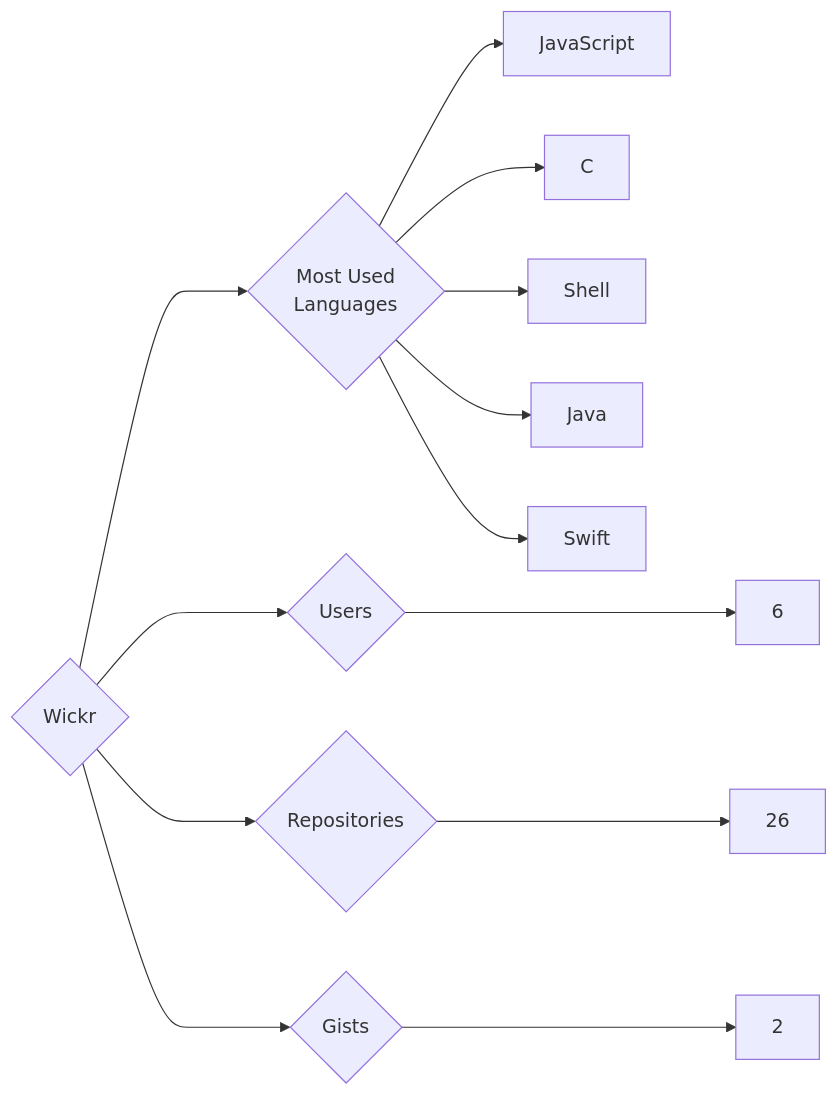
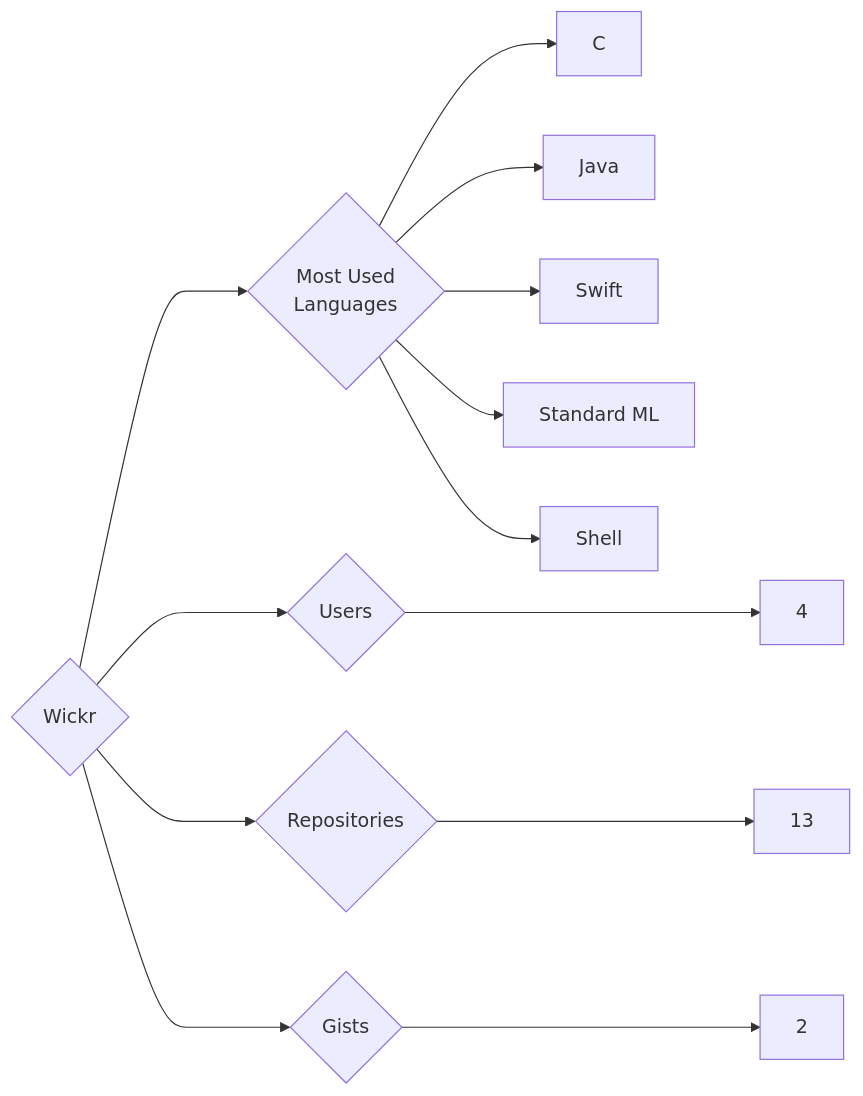
Before and after one commit to trickest/insiders: the diagram in targets/Wickr/README.md, drawn with Mermaid. The commit also changed 1479 other files, not shown here.

````diff
--- a/targets/Wickr/README.md
+++ b/targets/Wickr/README.md
@@ -3,13 +3,13 @@
 ```mermaid
 graph LR
 COMPANY_NAME{Wickr}
-COMPANY_NAME ---> U{Users} ---> UN[6]
-COMPANY_NAME ---> R{Repositories} ---> RN[26]
+COMPANY_NAME ---> U{Users} ---> UN[4]
+COMPANY_NAME ---> R{Repositories} ---> RN[13]
 COMPANY_NAME ---> G{Gists} ---> GN[2]
 COMPANY_NAME ---> ML{Most Used<br>Languages}
-ML --> JavaScript[JavaScript]
 ML --> C[C]
-ML --> Shell[Shell]
 ML --> Java[Java]
 ML --> Swift[Swift]
+ML --> Standard_ML[Standard ML]
+ML --> Shell[Shell]
 ```
````
